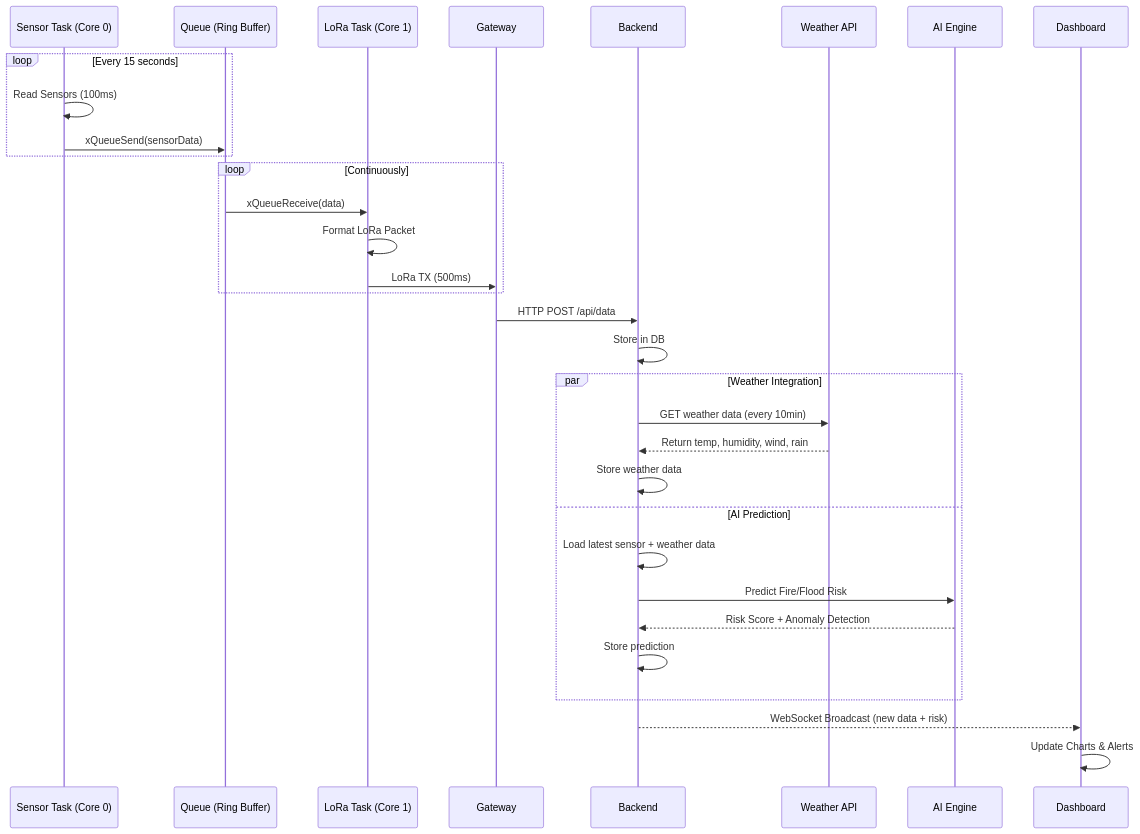
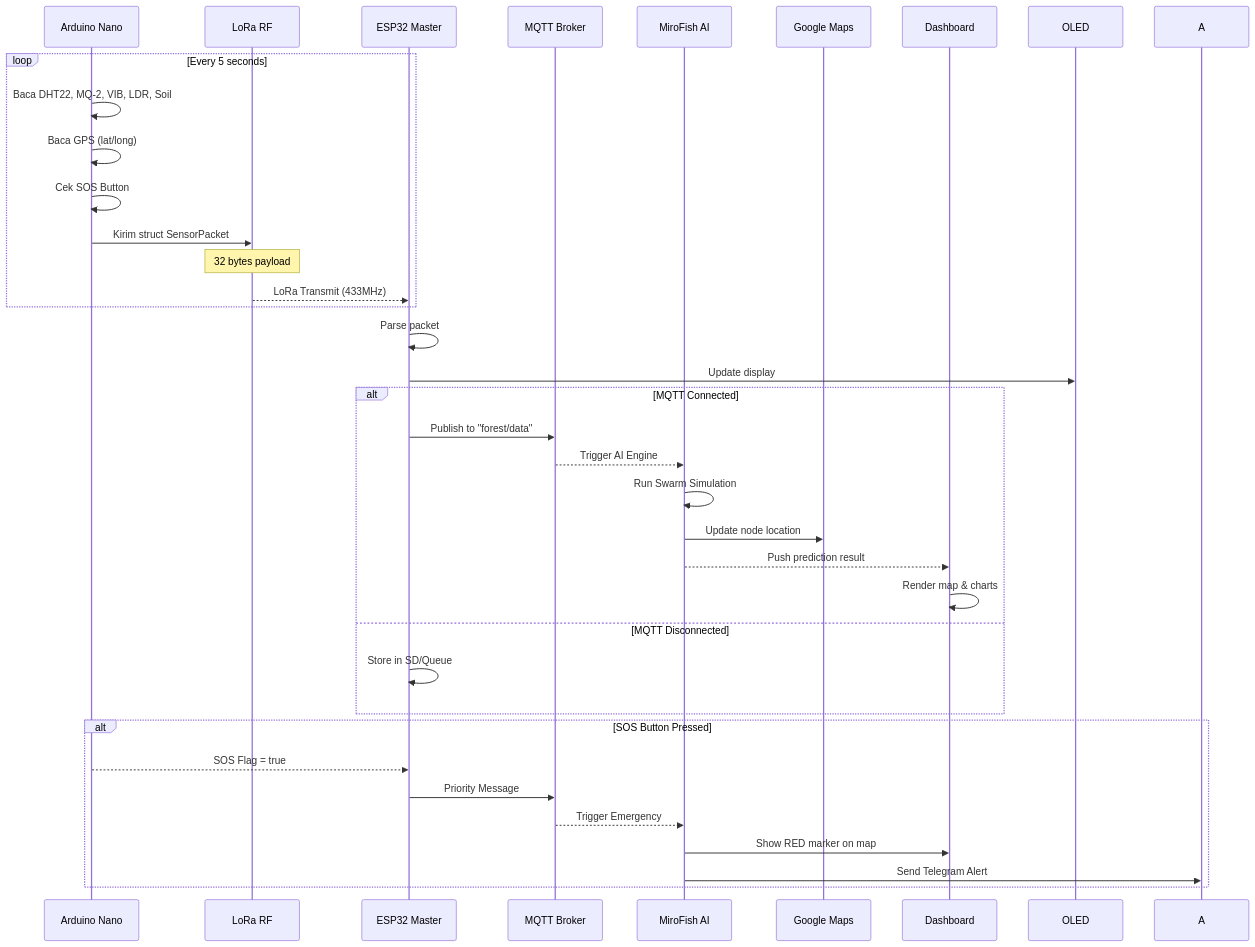
One commit to ficrammanifur/offline-emergency-lora-system changed the second of 9 diagrams in README.md. Above: the diagram before and after it, drawn with Mermaid. The commit also changed other lines of this file, not shown here.

````diff
--- a/README.md
+++ b/README.md
@@ -112,39 +142,42 @@
 ```mermaid
 sequenceDiagram
-    participant S as Sensor Task (Core 0)
-    participant Q as Queue (Ring Buffer)
-    participant L as LoRa Task (Core 1)
-    participant G as Gateway
-    participant B as Backend
-    participant W as Weather API
-    participant A as AI Engine
+    participant N as Arduino Nano
+    participant L as LoRa RF
+    participant E as ESP32 Master
+    participant M as MQTT Broker
+    participant F as MiroFish AI
+    participant G as Google Maps
     participant D as Dashboard
 
-    loop Every 15 seconds
-        S->>S: Read Sensors (100ms)
-        S->>Q: xQueueSend(sensorData)
+    loop Every 5 seconds
+        N->>N: Baca DHT22, MQ-2, VIB, LDR, Soil
+        N->>N: Baca GPS (lat/long)
+        N->>N: Cek SOS Button
+        
+        N->>L: Kirim struct SensorPacket
+        Note over L: 32 bytes payload
+        L-->>E: LoRa Transmit (433MHz)
     end
 
-    loop Continuously
-        Q->>L: xQueueReceive(data)
-        L->>L: Format LoRa Packet
-        L->>G: LoRa TX (500ms)
+    E->>E: Parse packet
+    E->>OLED: Update display
+    
+    alt MQTT Connected
+        E->>M: Publish to "forest/data"
+        M-->>F: Trigger AI Engine
+        F->>F: Run Swarm Simulation
+        F->>G: Update node location
+        F-->>D: Push prediction result
+        D->>D: Render map & charts
+    else MQTT Disconnected
+        E->>E: Store in SD/Queue
     end
 
-    G->>B: HTTP POST /api/data
-    B->>B: Store in DB
-    
-    par Weather Integration
-        B->>W: GET weather data (every 10min)
-        W-->>B: Return temp, humidity, wind, rain
-        B->>B: Store weather data
-    and AI Prediction
-        B->>B: Load latest sensor + weather data
-        B->>A: Predict Fire/Flood Risk
-        A-->>B: Risk Score + Anomaly Detection
-        B->>B: Store prediction
+    alt SOS Button Pressed
+        N-->>E: SOS Flag = true
+        E->>M: Priority Message
+        M-->>F: Trigger Emergency
+        F->>D: Show RED marker on map
+        F->>A: Send Telegram Alert
     end
-
-    B-->>D: WebSocket Broadcast (new data + risk)
-    D->>D: Update Charts & Alerts
 ```
````
